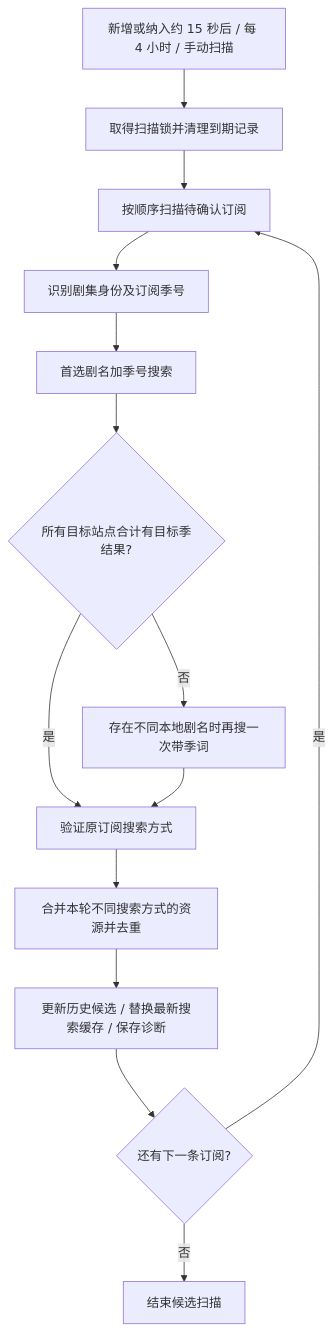
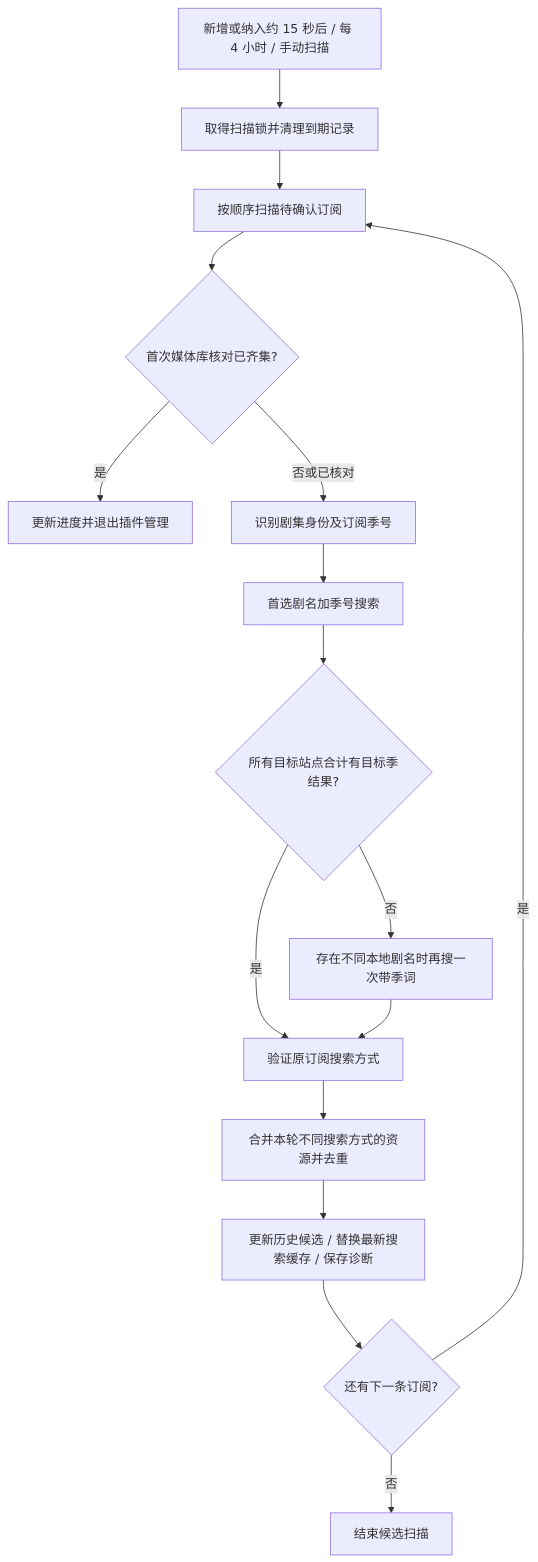
One commit to yelantf/MoviePilot-Plugins changed the diagram in docs/subscribeoverwatcher.md. Above: the diagram before and after it, drawn with Mermaid. The commit also changed other lines of this file and 6 other files, not shown here.

````diff
--- a/docs/subscribeoverwatcher.md
+++ b/docs/subscribeoverwatcher.md
@@ -28,16 +30,18 @@
 ```mermaid
 flowchart TD
     A[新增或纳入约 15 秒后 / 每 4 小时 / 手动扫描] --> B[取得扫描锁并清理到期记录]
     B --> C[按顺序扫描待确认订阅]
-    C --> D[识别剧集身份及订阅季号]
+    C --> M{首次媒体库核对已齐集?}
+    M -- 是 --> N[更新进度并退出插件管理]
+    M -- 否或已核对 --> D[识别剧集身份及订阅季号]
     D --> E[首选剧名加季号搜索]
     E --> F{所有目标站点合计有目标季结果?}
     F -- 否 --> G[存在不同本地剧名时再搜一次带季词]
     F -- 是 --> H[验证原订阅搜索方式]
     G --> H
     H --> I[合并本轮不同搜索方式的资源并去重]
     I --> J[更新历史候选 / 替换最新搜索缓存 / 保存诊断]
     J --> K{还有下一条订阅?}
     K -- 是 --> C
     K -- 否 --> L[结束候选扫描]
 ```
````
